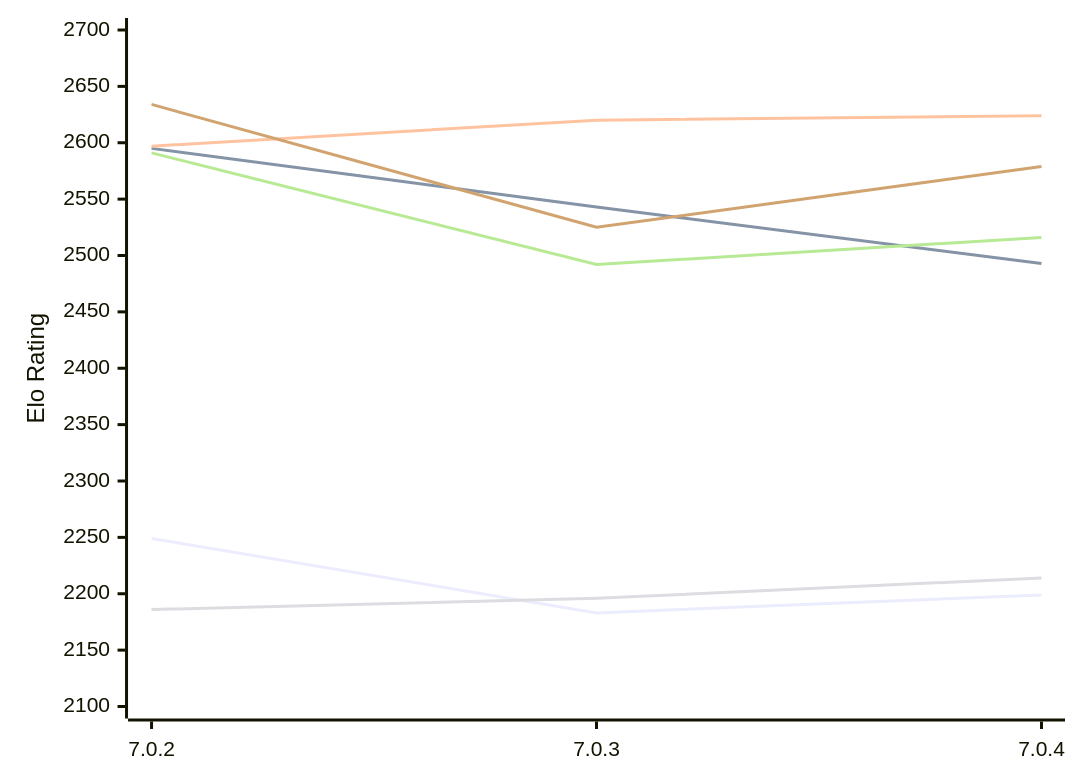
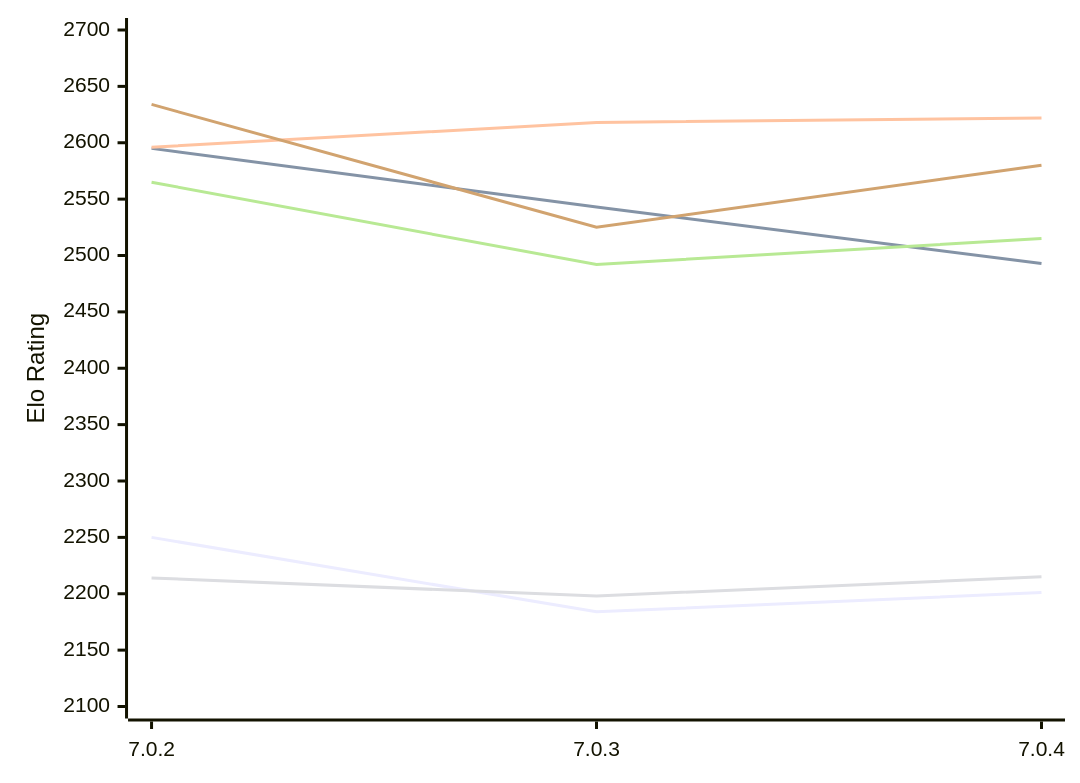
The diagram in engines/Buster.md (computer-chess-index/cci), drawn with Mermaid before and after one commit. The commit also changed other lines of this file, not shown here.

Commit message:
Update CCI Ratings (ELO VLTC) - 2026-11-26

````diff
--- a/engines/Buster.md
+++ b/engines/Buster.md
@@ -51,12 +51,12 @@
 ```mermaid
 %%{init: {"theme":"base","themeVariables":{"seriesColors:['#a3a3a3','#222221','#faa371']}}}%%
 xychart-beta
   x-axis ["7.0.2", "7.0.3", "7.0.4"]
   y-axis "Elo Rating" 2100 --> 2700
-  line "E1: STC (8.0+0.08s)" [2249, 2183, 2199]
+  line "E1: STC (8.0+0.08s)" [2250, 2184, 2201]
   line "E1: LTC (60.0+0.60s)" [2595, 2543, 2493]
-  line "E1: VLTC (2m24s+1.12s)" [2597, 2620, 2624]
-  line "P1: STC (8.0+0.08s)" [2186, 2196, 2214]
-  line "P1: LTC (60.0+0.60s)" [2591, 2492, 2516]
-  line "P1: VLTC (2m24s+1.12s)" [2634, 2525, 2579]
+  line "E1: VLTC (2m24s+1.12s)" [2596, 2618, 2622]
+  line "P1: STC (8.0+0.08s)" [2214, 2198, 2215]
+  line "P1: LTC (60.0+0.60s)" [2565, 2492, 2515]
+  line "P1: VLTC (2m24s+1.12s)" [2634, 2525, 2580]
 ```
````
